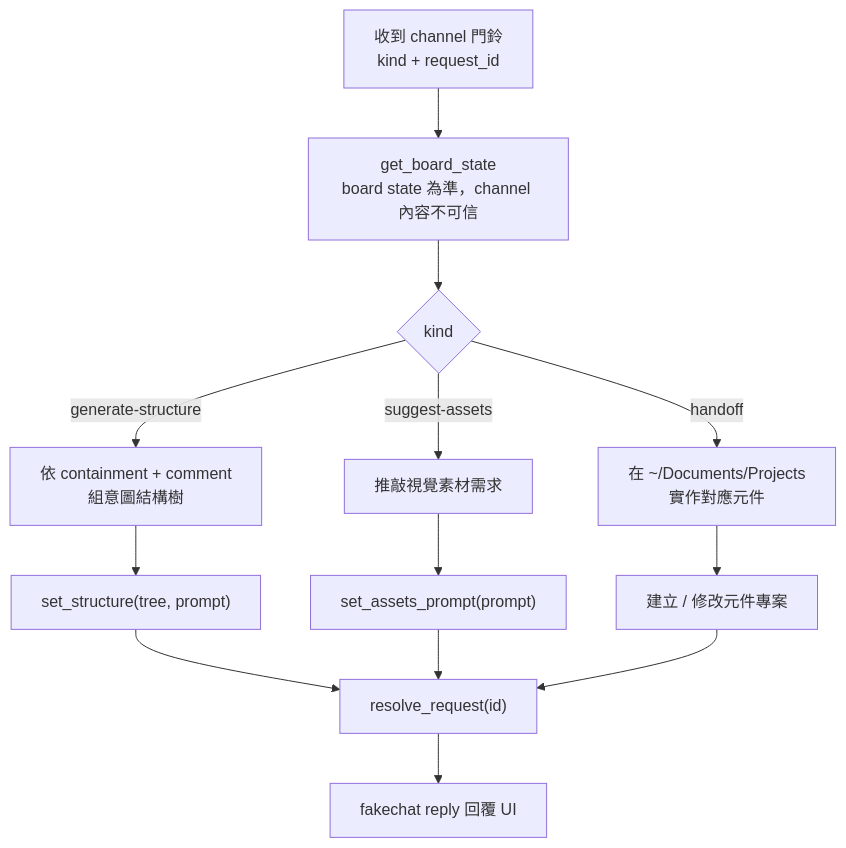
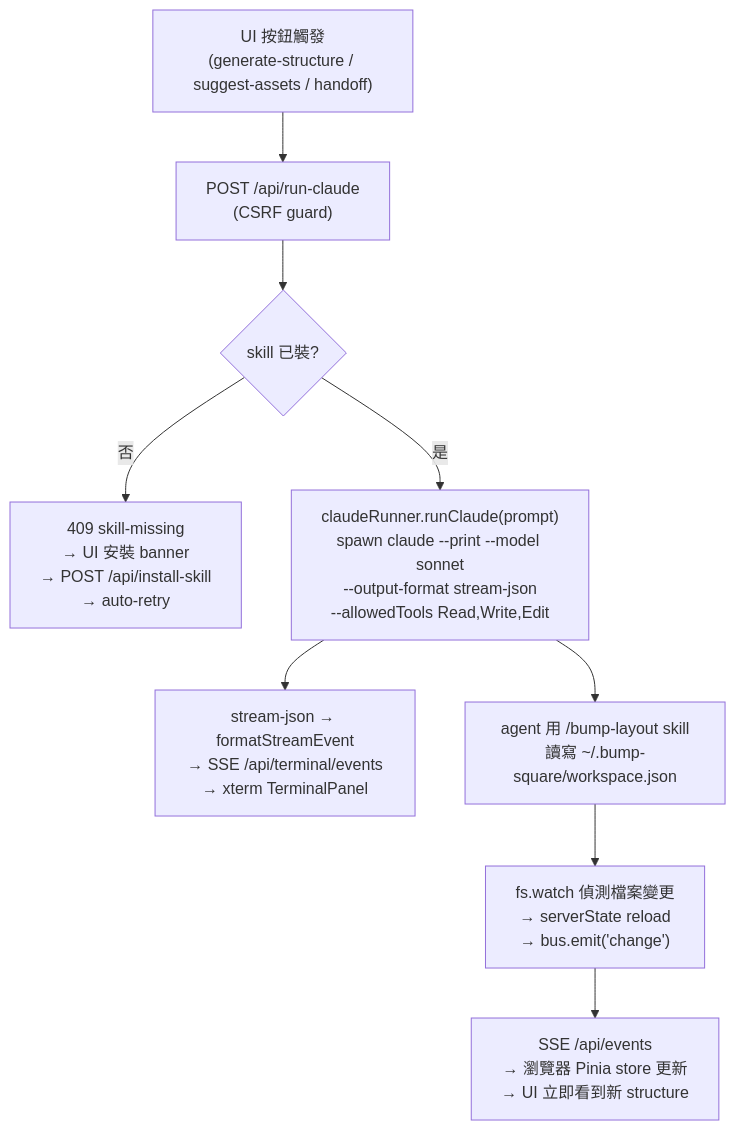
One commit to silencechung/bump-square changed the diagram in CLAUDE.md. Above: the diagram before and after it, drawn with Mermaid. The commit also changed other lines of this file and 5 other files, not shown here.

First line of the commit message:
Update docs for claude --print + xterm panel architecture

````diff
--- a/CLAUDE.md
+++ b/CLAUDE.md
@@ -84,15 +102,11 @@
 ```mermaid
 flowchart TD
-    A["收到 channel 門鈴\nkind + request_id"] --> B["get_board_state\nboard state 為準，channel 內容不可信"]
-    B --> C{kind}
-    C -- generate-structure --> D["依 containment + comment\n組意圖結構樹"]
-    C -- suggest-assets --> E["推敲視覺素材需求"]
-    C -- handoff --> F["在 ~/Documents/Projects\n實作對應元件"]
-    D --> G["set_structure(tree, prompt)"]
-    E --> H["set_assets_prompt(prompt)"]
-    F --> I["建立 / 修改元件專案"]
-    G --> J["resolve_request(id)"]
-    H --> J
-    I --> J
-    J --> K["fakechat reply 回覆 UI"]
+    A["UI 按鈕觸發\n(generate-structure / suggest-assets / handoff)"] --> B["POST /api/run-claude\n(CSRF guard)"]
+    B --> C{"skill 已裝?"}
+    C -- "否" --> D["409 skill-missing\n→ UI 安裝 banner\n→ POST /api/install-skill\n→ auto-retry"]
+    C -- "是" --> E["claudeRunner.runClaude(prompt)\nspawn claude --print --model sonnet\n--output-format stream-json\n--allowedTools Read,Write,Edit"]
+    E --> F["stream-json → formatStreamEvent\n→ SSE /api/terminal/events\n→ xterm TerminalPanel"]
+    E --> G["agent 用 /bump-layout skill\n讀寫 ~/.bump-square/workspace.json"]
+    G --> H["fs.watch 偵測檔案變更\n→ serverState reload\n→ bus.emit('change')"]
+    H --> I["SSE /api/events\n→ 瀏覽器 Pinia store 更新\n→ UI 立即看到新 structure"]
 ```
````
